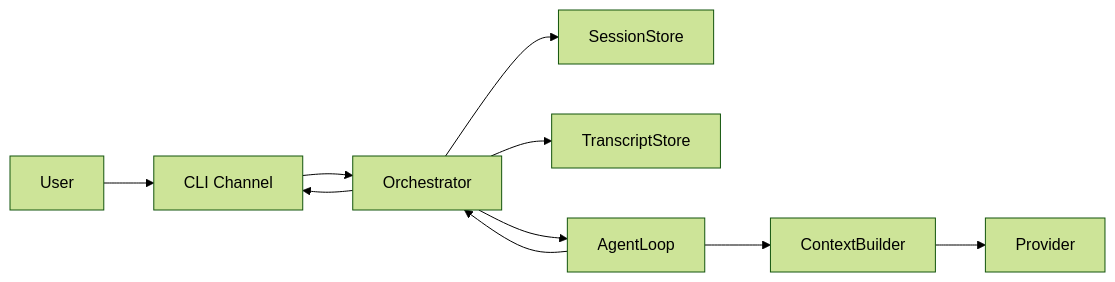
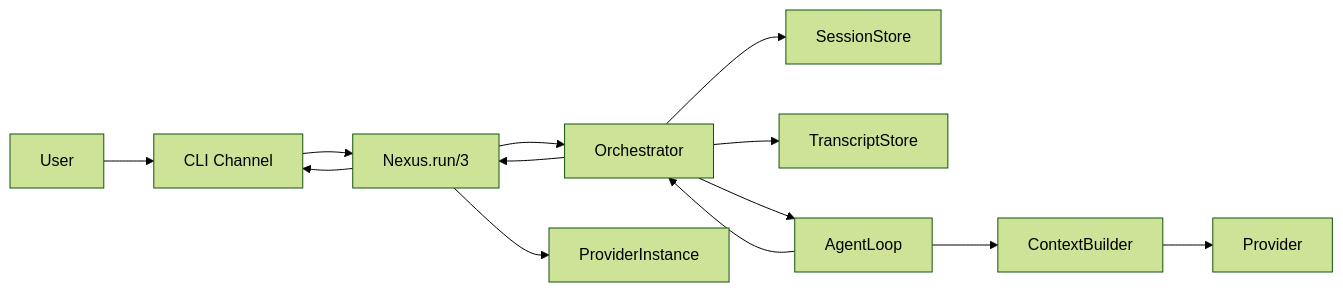
The diagram in README.md (0xc14m1z/nexus), drawn with Mermaid (forest theme) before and after one commit. The commit also changed other lines of this file and 6 other files, not shown here.

````diff
--- a/README.md
+++ b/README.md
@@ -33,12 +33,15 @@
 ```mermaid
 flowchart LR
     User --> CLI[CLI Channel]
-    CLI --> Orchestrator
+    CLI --> NexusRun[Nexus.run/3]
+    NexusRun --> Orchestrator
     Orchestrator --> SessionStore
     Orchestrator --> TranscriptStore
+    NexusRun --> ProviderInstance
     Orchestrator --> AgentLoop
     AgentLoop --> ContextBuilder
     ContextBuilder --> Provider
     AgentLoop --> Orchestrator
-    Orchestrator --> CLI
+    Orchestrator --> NexusRun
+    NexusRun --> CLI
 ```
````
